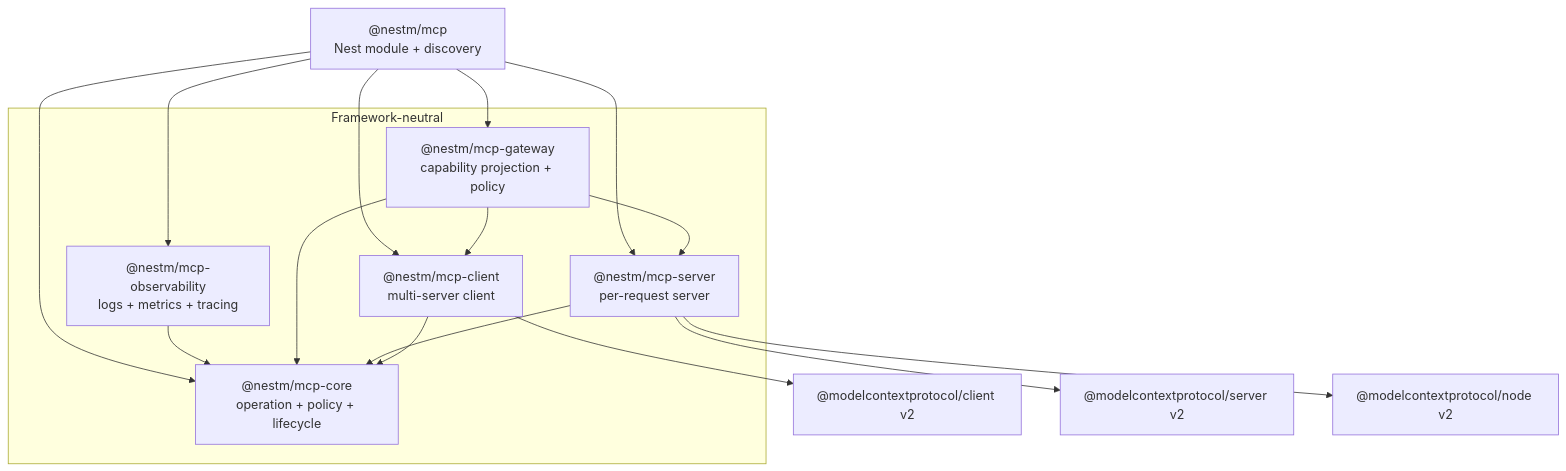
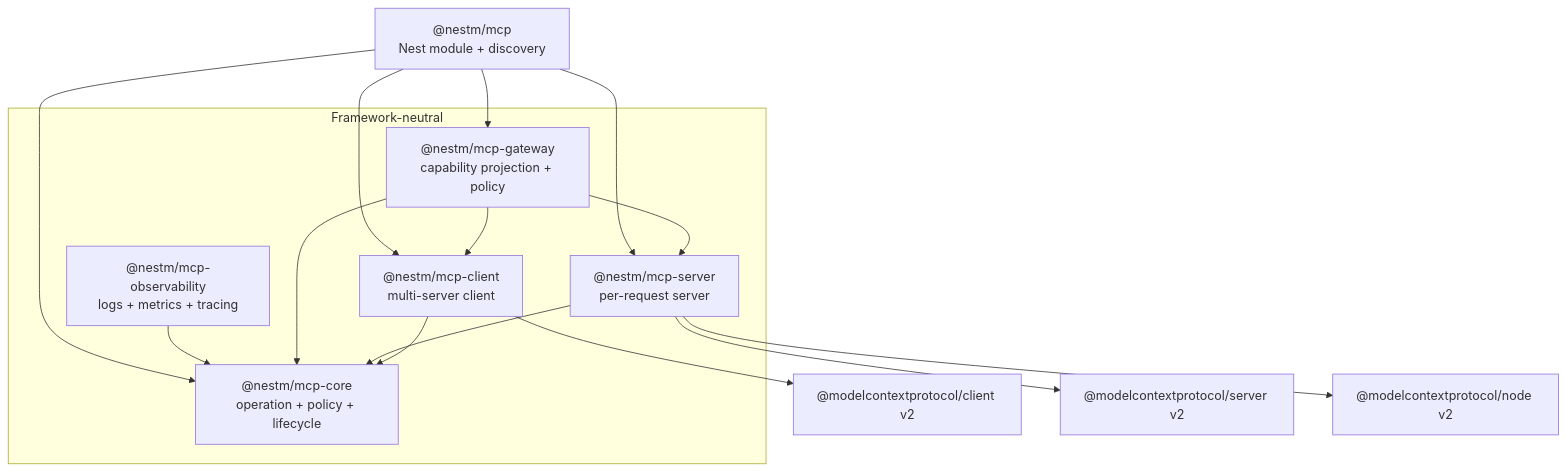
One commit to nestm-dev/mcp changed the first of 2 diagrams in docs/architecture.md. Above: the diagram before and after it, drawn with Mermaid. The commit also changed other lines of this file and 44 other files, not shown here.

````diff
--- a/docs/architecture.md
+++ b/docs/architecture.md
@@ -16,30 +16,29 @@
 ```mermaid
 flowchart TB
   subgraph Neutral["Framework-neutral"]
     core["@nestm/mcp-core\noperation + policy + lifecycle"]
     client["@nestm/mcp-client\nmulti-server client"]
     server["@nestm/mcp-server\nper-request server"]
     gateway["@nestm/mcp-gateway\ncapability projection + policy"]
     observability["@nestm/mcp-observability\nlogs + metrics + tracing"]
   end
 
   nest["@nestm/mcp\nNest module + discovery"]
   sdkClient["@modelcontextprotocol/client v2"]
   sdkServer["@modelcontextprotocol/server v2"]
   sdkNode["@modelcontextprotocol/node v2"]
 
   client --> core
   client --> sdkClient
   server --> core
   server --> sdkServer
   server --> sdkNode
   gateway --> core
   gateway --> client
   gateway --> server
   observability --> core
   nest --> core
   nest --> server
   nest --> client
   nest --> gateway
-  nest --> observability
 ```
````
